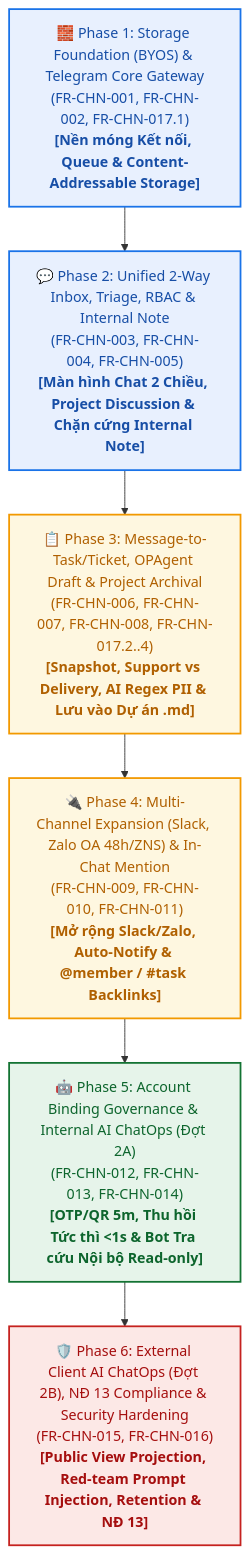
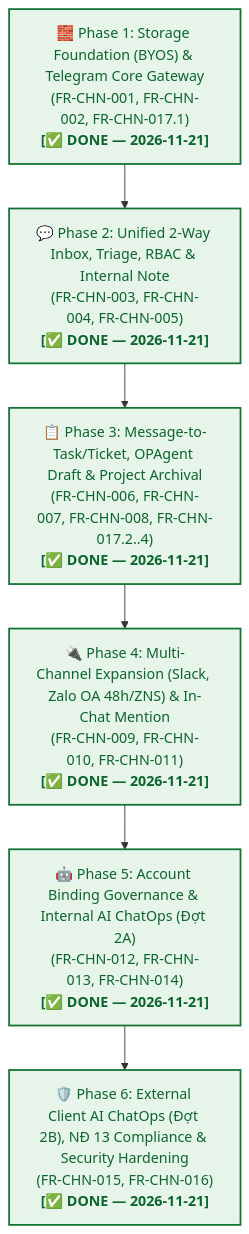
The diagram in docs/bda/02-phase1-omniproject/omnichannel/00_DEVELOPMENT_PHASES_ROADMAP.md (HuynhTri-dev/omnimer_team_doc), drawn with Mermaid before and after one commit. The commit also changed other lines of this file, not shown here.

Commit message:
docs: update development phases roadmap for phase 1 omnichannel

````diff
--- a/docs/bda/02-phase1-omniproject/omnichannel/00_DEVELOPMENT_PHASES_ROADMAP.md
+++ b/docs/bda/02-phase1-omniproject/omnichannel/00_DEVELOPMENT_PHASES_ROADMAP.md
@@ -12,15 +46,15 @@
 ```mermaid
 flowchart TD
-    P1["🧱 Phase 1: Storage Foundation (BYOS) & Telegram Core Gateway<br/>(FR-CHN-001, FR-CHN-002, FR-CHN-017.1)<br/><b>[Nền móng Kết nối, Queue & Content-Addressable Storage]</b>"] --> P2["💬 Phase 2: Unified 2-Way Inbox, Triage, RBAC & Internal Note<br/>(FR-CHN-003, FR-CHN-004, FR-CHN-005)<br/><b>[Màn hình Chat 2 Chiều, Project Discussion & Chặn cứng Internal Note]</b>"]
-    P2 --> P3["📋 Phase 3: Message-to-Task/Ticket, OPAgent Draft & Project Archival<br/>(FR-CHN-006, FR-CHN-007, FR-CHN-008, FR-CHN-017.2..4)<br/><b>[Snapshot, Support vs Delivery, AI Regex PII & Lưu vào Dự án .md]</b>"]
-    P3 --> P4["🔌 Phase 4: Multi-Channel Expansion (Slack, Zalo OA 48h/ZNS) & In-Chat Mention<br/>(FR-CHN-009, FR-CHN-010, FR-CHN-011)<br/><b>[Mở rộng Slack/Zalo, Auto-Notify & @member / #task Backlinks]</b>"]
-    P4 --> P5["🤖 Phase 5: Account Binding Governance & Internal AI ChatOps (Đợt 2A)<br/>(FR-CHN-012, FR-CHN-013, FR-CHN-014)<br/><b>[OTP/QR 5m, Thu hồi Tức thì <1s & Bot Tra cứu Nội bộ Read-only]</b>"]
-    P5 --> P6["🛡️ Phase 6: External Client AI ChatOps (Đợt 2B), NĐ 13 Compliance & Security Hardening<br/>(FR-CHN-015, FR-CHN-016)<br/><b>[Public View Projection, Red-team Prompt Injection, Retention & NĐ 13]</b>"]
+    P1["🧱 Phase 1: Storage Foundation (BYOS) & Telegram Core Gateway<br/>(FR-CHN-001, FR-CHN-002, FR-CHN-017.1)<br/><b>[✅ DONE — 2026-11-21]</b>"] --> P2["💬 Phase 2: Unified 2-Way Inbox, Triage, RBAC & Internal Note<br/>(FR-CHN-003, FR-CHN-004, FR-CHN-005)<br/><b>[✅ DONE — 2026-11-21]</b>"]
+    P2 --> P3["📋 Phase 3: Message-to-Task/Ticket, OPAgent Draft & Project Archival<br/>(FR-CHN-006, FR-CHN-007, FR-CHN-008, FR-CHN-017.2..4)<br/><b>[✅ DONE — 2026-11-21]</b>"]
+    P3 --> P4["🔌 Phase 4: Multi-Channel Expansion (Slack, Zalo OA 48h/ZNS) & In-Chat Mention<br/>(FR-CHN-009, FR-CHN-010, FR-CHN-011)<br/><b>[✅ DONE — 2026-11-21]</b>"]
+    P4 --> P5["🤖 Phase 5: Account Binding Governance & Internal AI ChatOps (Đợt 2A)<br/>(FR-CHN-012, FR-CHN-013, FR-CHN-014)<br/><b>[✅ DONE — 2026-11-21]</b>"]
+    P5 --> P6["🛡️ Phase 6: External Client AI ChatOps (Đợt 2B), NĐ 13 Compliance & Security Hardening<br/>(FR-CHN-015, FR-CHN-016)<br/><b>[✅ DONE — 2026-11-21]</b>"]
 
-    style P1 fill:#e8f0fe,stroke:#1a73e8,stroke-width:2px,color:#174ea6
-    style P2 fill:#e8f0fe,stroke:#1a73e8,stroke-width:2px,color:#174ea6
-    style P3 fill:#fef7e0,stroke:#f29900,stroke-width:2px,color:#b06000
-    style P4 fill:#fef7e0,stroke:#f29900,stroke-width:2px,color:#b06000
+    style P1 fill:#e6f4ea,stroke:#137333,stroke-width:2px,color:#0d652d
+    style P2 fill:#e6f4ea,stroke:#137333,stroke-width:2px,color:#0d652d
+    style P3 fill:#e6f4ea,stroke:#137333,stroke-width:2px,color:#0d652d
+    style P4 fill:#e6f4ea,stroke:#137333,stroke-width:2px,color:#0d652d
     style P5 fill:#e6f4ea,stroke:#137333,stroke-width:2px,color:#0d652d
-    style P6 fill:#fce8e6,stroke:#c5221f,stroke-width:2px,color:#a50e0e
+    style P6 fill:#e6f4ea,stroke:#137333,stroke-width:2px,color:#0d652d
 ```
````
